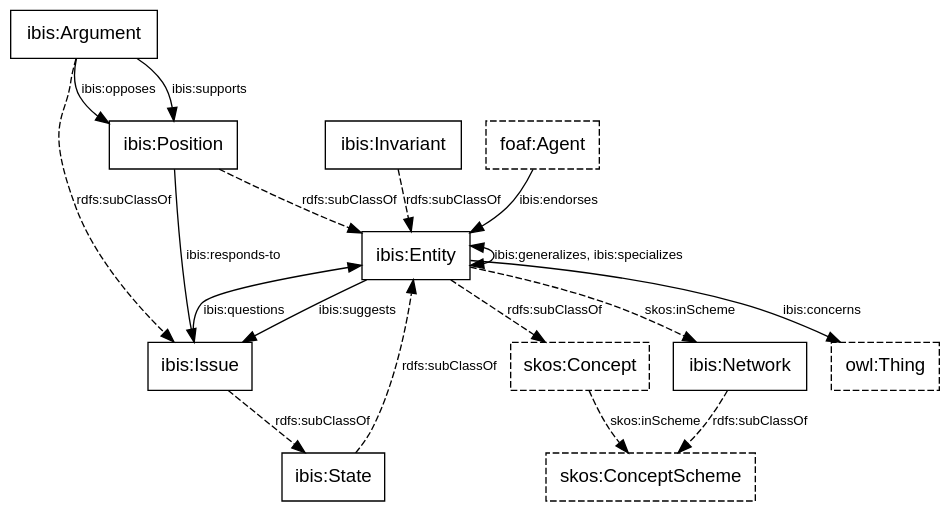
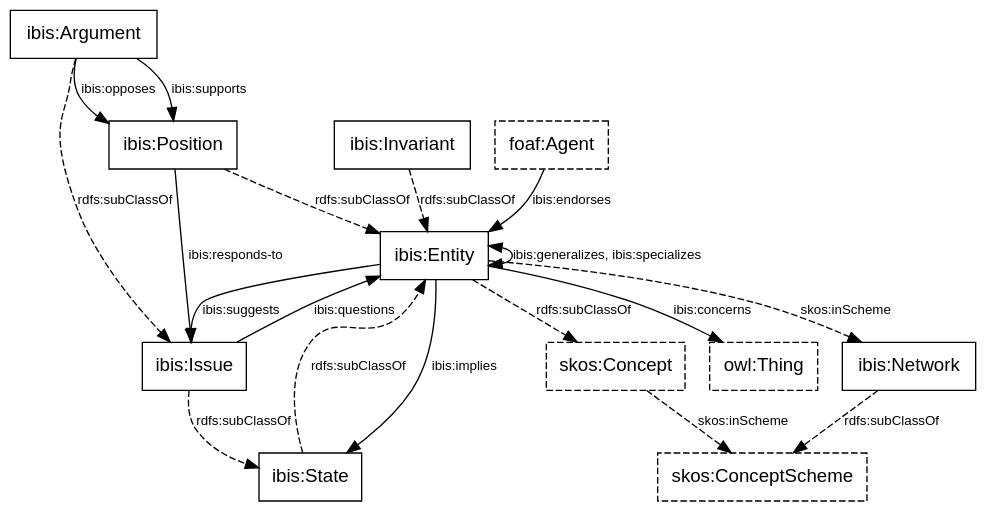
One commit to doriantaylor/owl-ibis changed the diagram in ibis-classes.dot. Above: the diagram before and after it, drawn with Graphviz. The commit also changed 3 other files, not shown here.

```diff
--- a/ibis-classes.dot
+++ b/ibis-classes.dot
@@ -1,83 +1,84 @@
 digraph {
     graph [bgcolor=transparent];
     node [shape=box,color="#000000",fontcolor="#000000",fontname="Lucida Grande, Lucida Sans Unicode, sans-serif"];
     edge [color="#000000",fontcolor="#000000",fontname="Lucida Grande, Lucida Sans Unicode, sans-serif"];
 
     subgraph {
         node [style=dashed];
         owl_Thing          [label="owl:Thing"];
         foaf_Agent         [label="foaf:Agent"];
         skos_Concept       [label="skos:Concept"];
         skos_ConceptScheme [label="skos:ConceptScheme"];
     }
 
     ibis_Entity    [label="ibis:Entity"];
     ibis_State     [label="ibis:State"];
     ibis_Invariant [label="ibis:Invariant"];
     ibis_Issue     [label="ibis:Issue"];
     ibis_Position  [label="ibis:Position"];
     ibis_Argument  [label="ibis:Argument"];
     ibis_Network   [label="ibis:Network"];
 
     subgraph {
         edge [fontsize=10,concentrate=true];
         /*
         ibis_Issue -> ibis_Issue [label="ibis:specializes"];
         ibis_Issue -> ibis_Issue [label="ibis:generalizes"];
         ibis_Issue -> ibis_Issue [label="ibis:replaces"];
         */
         // ibis_Issue -> ibis_Issue [label="ibis:generalizes\nibis:specializes\nibis:replaces\nibis:questions\nibis:suggests"];
         ibis_Entity -> ibis_Entity [label="ibis:generalizes, ibis:specializes", dir=both];
+        ibis_Entity -> ibis_State [label="ibis:implies"];
         ibis_Entity -> ibis_Issue [label="ibis:suggests"];
         ibis_Issue  -> ibis_Entity [label="ibis:questions"];
 
         subgraph {
             edge [label="rdfs:subClassOf", style=dashed];
             ibis_Invariant -> ibis_Entity -> skos_Concept;
             ibis_Issue     -> ibis_State -> ibis_Entity;
             ibis_Position  -> ibis_Entity;
             ibis_Argument  -> ibis_Issue;
             ibis_Network   -> skos_ConceptScheme;
         }
 
         subgraph {
             edge [label="skos:inScheme", style=dashed, concentrate=true];
             ibis_Entity   -> ibis_Network;
             // ibis_Issue    -> ibis_Network;
             // ibis_Position -> ibis_Network;
             // ibis_Argument -> ibis_Network;
             skos_Concept  -> skos_ConceptScheme;
         }
 
         subgraph {
             edge [style=dashed];
         }
 
         subgraph {
             edge [label="ibis:endorses"];
             foaf_Agent -> ibis_Entity;
             // foaf_Agent -> ibis_Issue;
             // foaf_Agent -> ibis_Position;
             // foaf_Agent -> ibis_Argument;
         }
 
         subgraph {
             edge [label="ibis:questions"];
             // ibis_Issue -> ibis_Argument;
             // ibis_Issue -> ibis_Position;
             //ibis_Issue -> ibis_Issue;
         }
         subgraph {
             edge [label="ibis:suggests"];
             // ibis_Position -> ibis_Issue;
             // ibis_Argument -> ibis_Issue;
             //ibis_Issue    -> ibis_Issue;
         }
 
         ibis_Entity   -> owl_Thing     [label="ibis:concerns"];
         ibis_Position -> ibis_Issue    [label="ibis:responds-to"];
         ibis_Argument -> ibis_Position [label="ibis:supports"];
         ibis_Argument -> ibis_Position [label="ibis:opposes"];
         // ibis_Network -> skos_ConceptScheme [label="ibis:concepts\nibis:main-concepts"];
     }
 }
```
